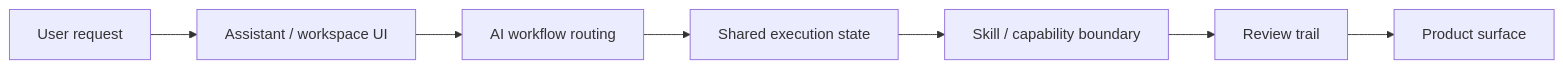
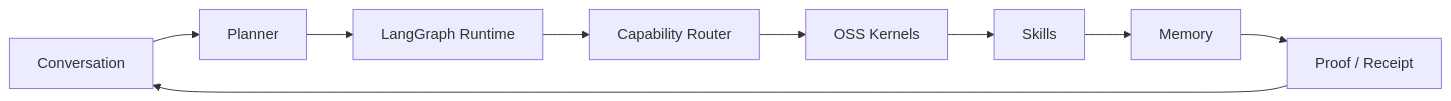
Before and after one commit to 0xChrisSKR/trace-ai-platform-showcase: the diagram in docs/ARCHITECTURE.md, drawn with Mermaid. The commit also changed other lines of this file and 4 other files, not shown here.

````diff
--- a/docs/ARCHITECTURE.md
+++ b/docs/ARCHITECTURE.md
@@ -5,9 +5,11 @@
 ```mermaid
 flowchart LR
-  User["User request"] --> Workspace["Assistant / workspace UI"]
-  Workspace --> Router["AI workflow routing"]
-  Router --> State["Shared execution state"]
-  State --> Skills["Skill / capability boundary"]
-  Skills --> Review["Review trail"]
-  Review --> Product["Product surface"]
+  Conversation["Conversation"] --> Planner["Planner"]
+  Planner --> LangGraph["LangGraph Runtime"]
+  LangGraph --> Router["Capability Router"]
+  Router --> Kernels["OSS Kernels"]
+  Kernels --> Skills["Skills"]
+  Skills --> Memory["Memory"]
+  Memory --> Proof["Proof / Receipt"]
+  Proof --> Conversation
 ```
````
